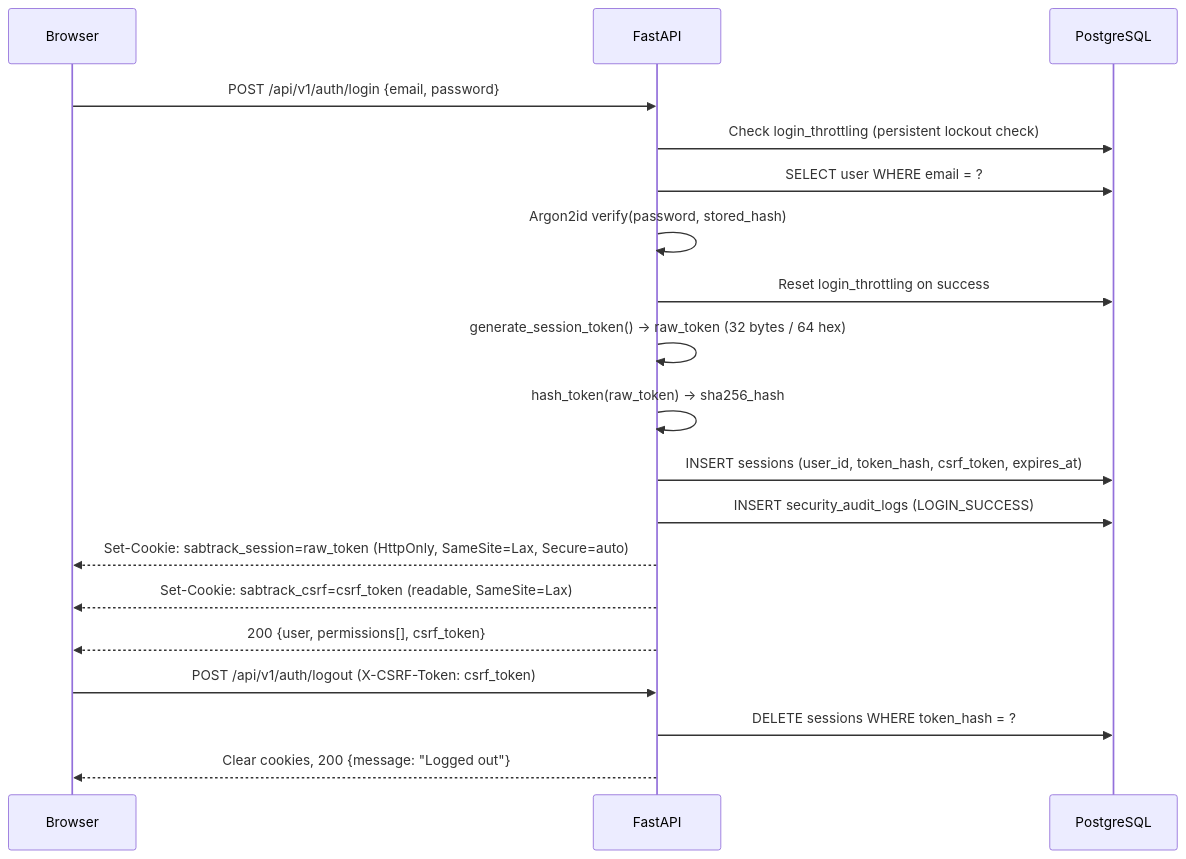
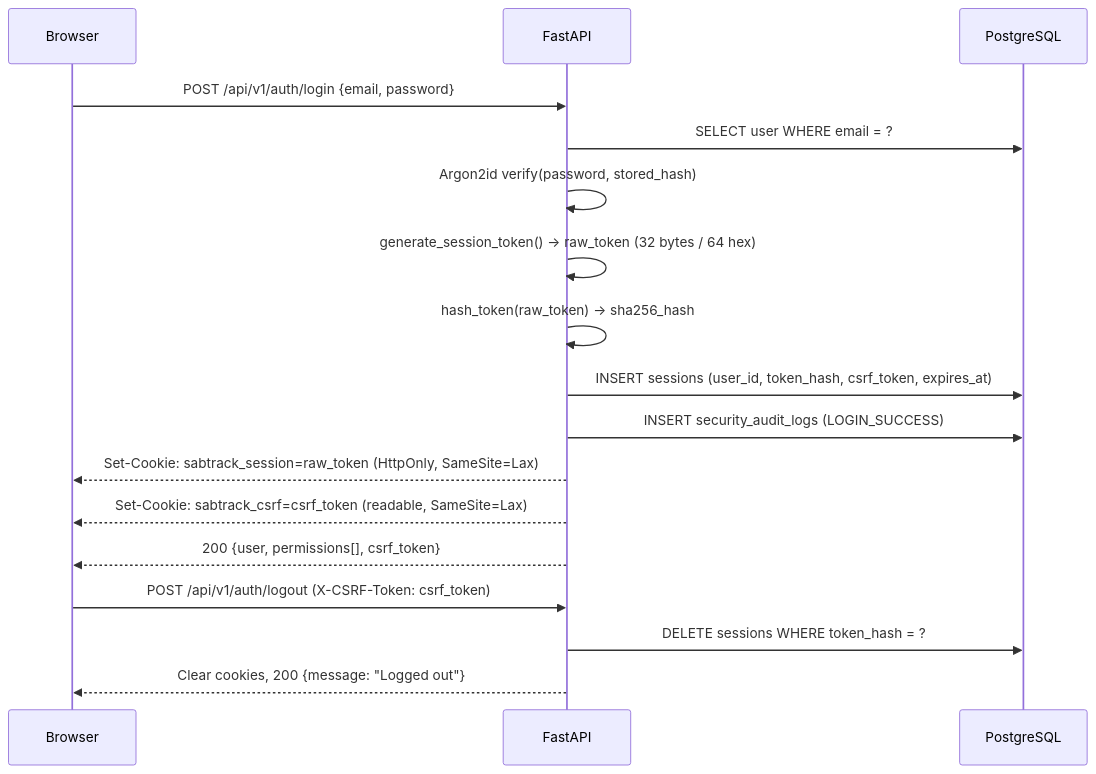
The second of 3 diagrams in docs/ARCHITECTURE.md (perezjazztin/SABTRACK-3.0), drawn with Mermaid before and after one commit. The commit also changed other lines of this file and 75 other files, not shown here.

````diff
--- a/docs/ARCHITECTURE.md
+++ b/docs/ARCHITECTURE.md
@@ -86,23 +76,21 @@
 ```mermaid
 sequenceDiagram
     participant B as Browser
     participant F as FastAPI
     participant DB as PostgreSQL
 
     B->>F: POST /api/v1/auth/login {email, password}
-    F->>DB: Check login_throttling (persistent lockout check)
     F->>DB: SELECT user WHERE email = ?
     F->>F: Argon2id verify(password, stored_hash)
-    F->>DB: Reset login_throttling on success
     F->>F: generate_session_token() → raw_token (32 bytes / 64 hex)
     F->>F: hash_token(raw_token) → sha256_hash
     F->>DB: INSERT sessions (user_id, token_hash, csrf_token, expires_at)
     F->>DB: INSERT security_audit_logs (LOGIN_SUCCESS)
-    F-->>B: Set-Cookie: sabtrack_session=raw_token (HttpOnly, SameSite=Lax, Secure=auto)
+    F-->>B: Set-Cookie: sabtrack_session=raw_token (HttpOnly, SameSite=Lax)
     F-->>B: Set-Cookie: sabtrack_csrf=csrf_token (readable, SameSite=Lax)
     F-->>B: 200 {user, permissions[], csrf_token}
 
     B->>F: POST /api/v1/auth/logout (X-CSRF-Token: csrf_token)
     F->>DB: DELETE sessions WHERE token_hash = ?
     F-->>B: Clear cookies, 200 {message: "Logged out"}
 ```
````
